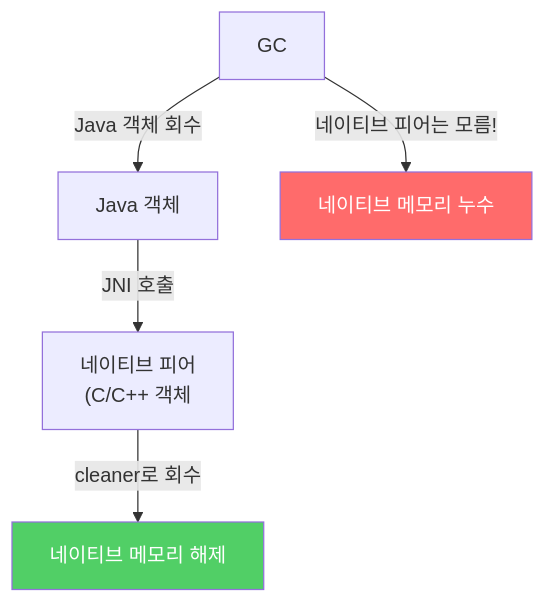
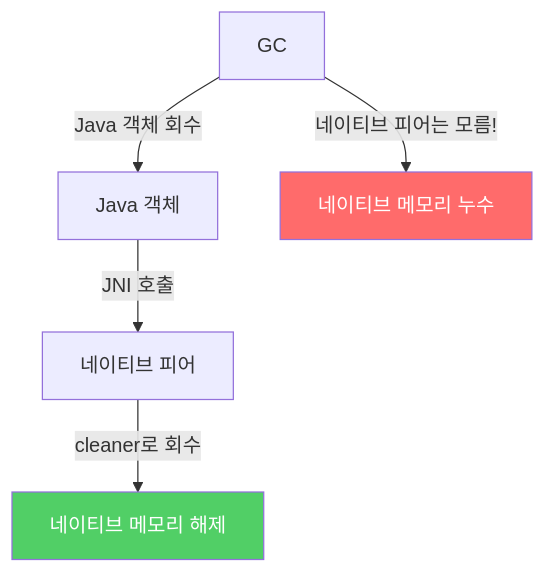
The second of 3 diagrams in _posts/java/2021-12-20-effective-java8.md (yjkim2015/yjkim2015.github.io), drawn with Mermaid before and after one commit. The commit also changed other lines of this file and 217 other files, not shown here.

First line of the commit message:
Mermaid 크기 수정: useMaxWidth:true + SVG max-width:100% + 라벨 축소

````diff
--- a/_posts/java/2021-12-20-effective-java8.md
+++ b/_posts/java/2021-12-20-effective-java8.md
@@ -170,9 +170,9 @@
 ```mermaid
 graph TD
-    A["Java 객체"] -->|"JNI 호출"| B["네이티브 피어\n(C/C++ 객체"]
+    A["Java 객체"] -->|"JNI 호출"| B["네이티브 피어"]
     C["GC"] -->|"Java 객체 회수"| A
     C -->|"네이티브 피어는 모름!"| D["네이티브 메모리 누수"]
     B -->|"cleaner로 회수"| E["네이티브 메모리 해제"]
     style D fill:#ff6b6b,color:#fff
     style E fill:#51cf66,color:#fff
 ```
````
